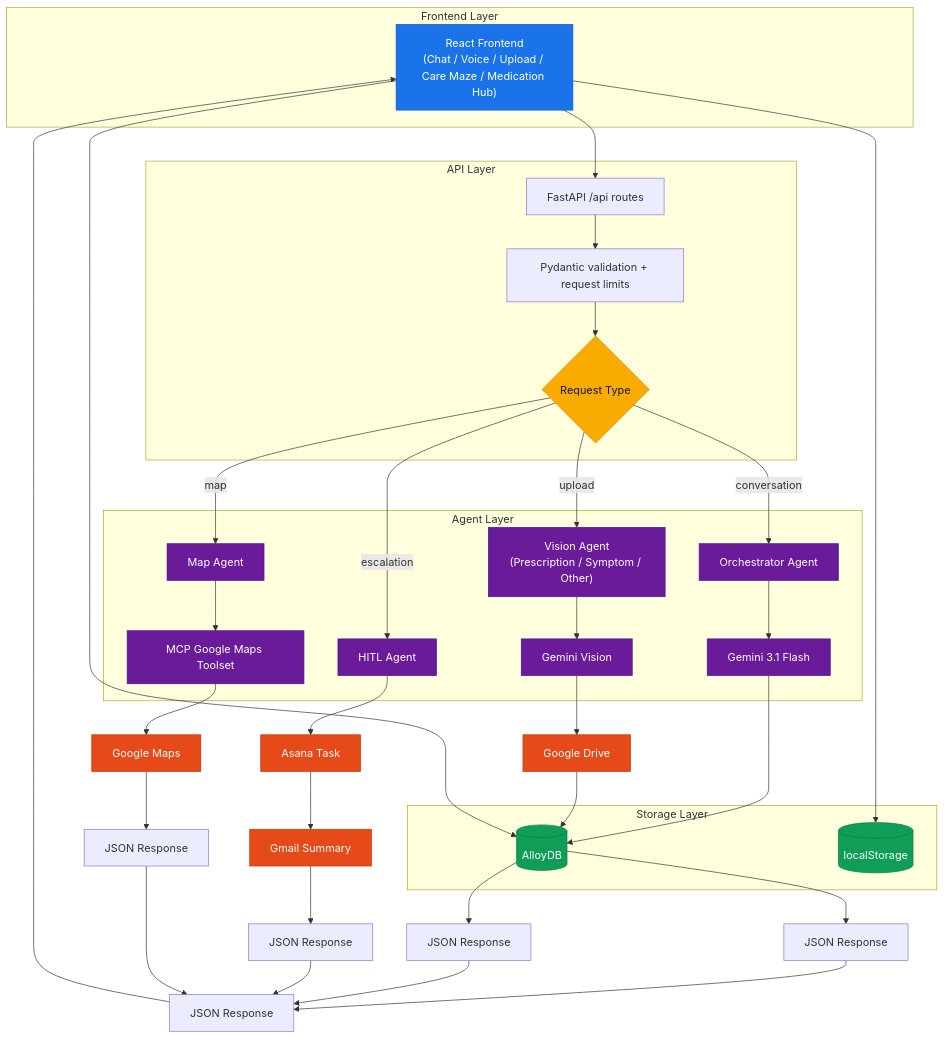
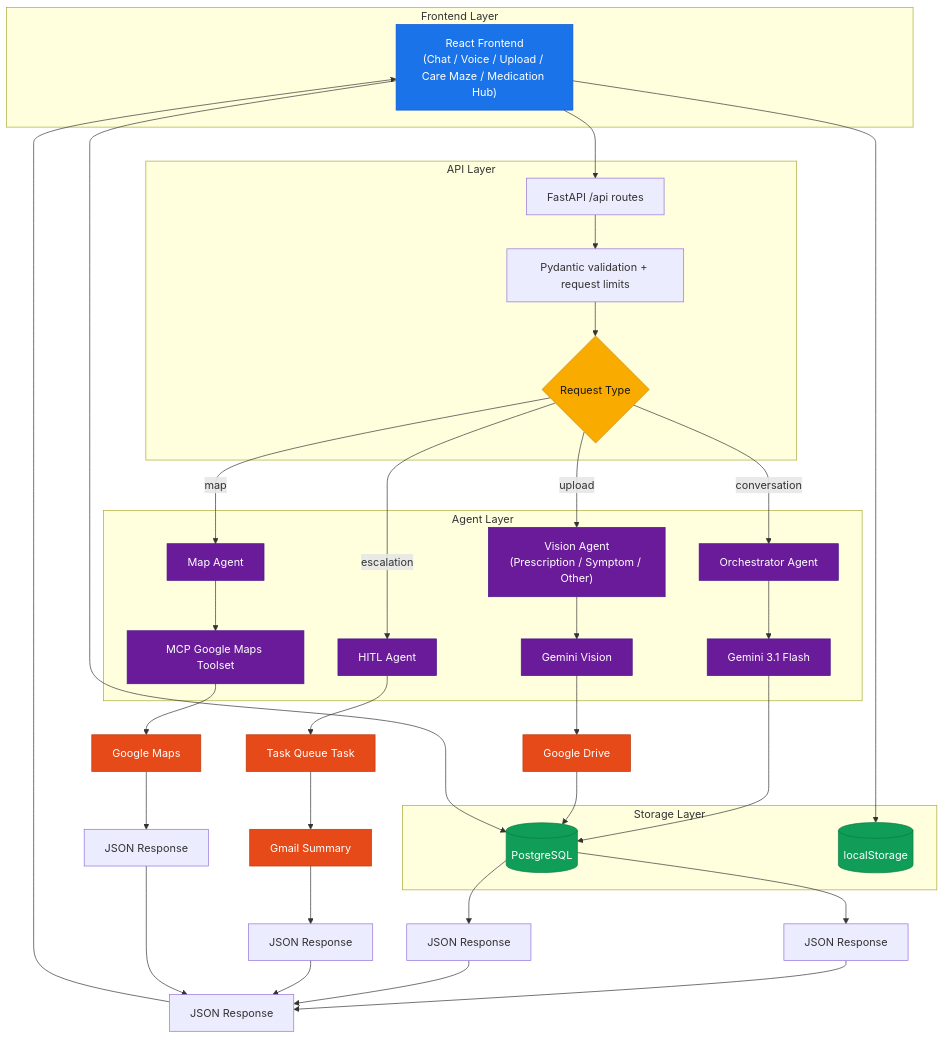
The fourth of 5 diagrams in README.md (shreeshbhat04-ctrl/NEXUS-AI-), drawn with Mermaid before and after one commit. The commit also changed other lines of this file and 134 other files, not shown here.

```diff
--- a/README.md
+++ b/README.md
@@ -422,12 +463,12 @@
 
 %% ================= STORAGE =================
 subgraph ST[Storage Layer]
-    DB[(AlloyDB)]
+    DB[(PostgreSQL)]
     LS[(localStorage)]
 end
 
 %% ================= EXTERNAL =================
-ASANA[Asana Task]
+ASANA[Task Queue Task]
 GMAIL[Gmail Summary]
 DRIVE[Google Drive]
 MAPS[Google Maps]
```
